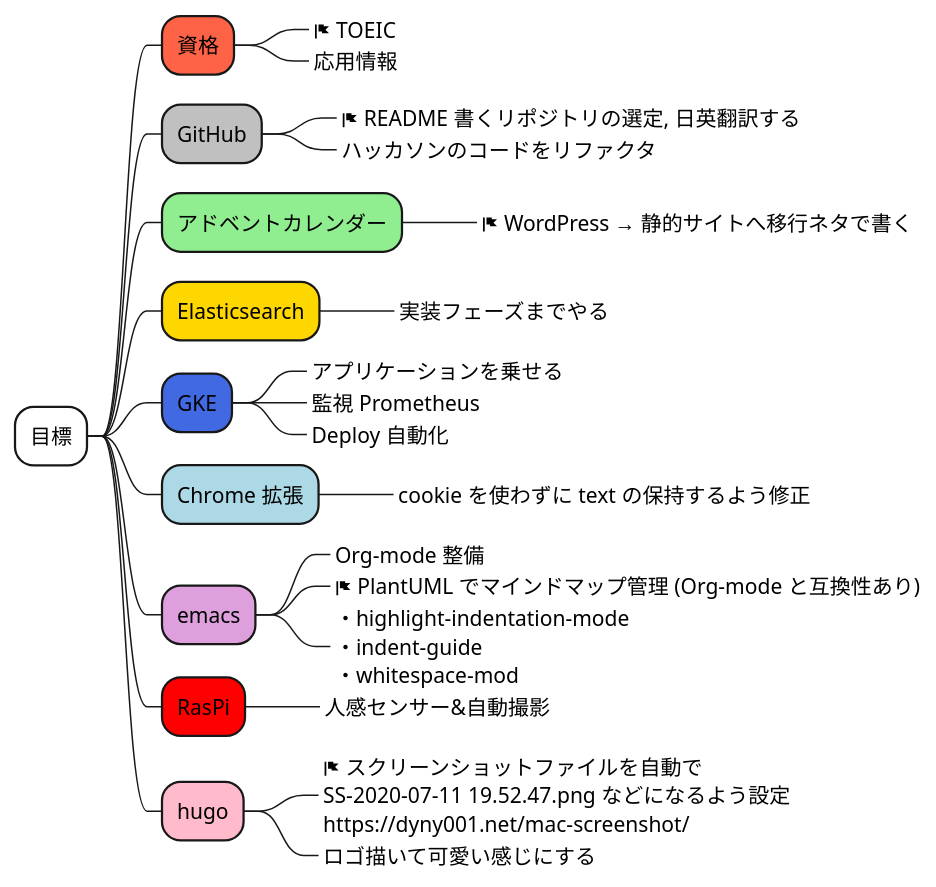
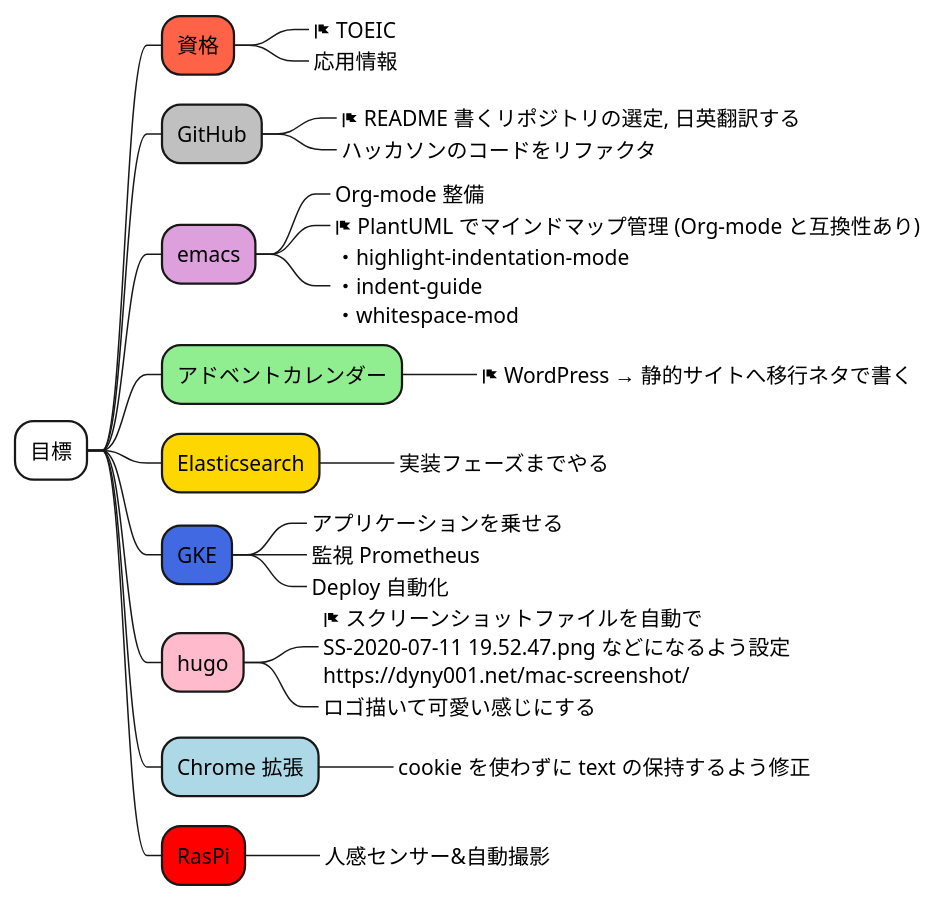
The diagram in test.puml (Ishizuka427/MindMap), drawn with PlantUML before and after one commit. The commit also changed other lines of this file, not shown here.

```diff
--- a/test.puml
+++ b/test.puml
@@ -1,28 +1,28 @@
 @startmindmap
 *[#white] 目標
 **[#tomato] 資格
 ***_ <&flag> TOEIC
 ***_ 応用情報
 **[#silver] GitHub
 ***_ <&flag> README 書くリポジトリの選定, 日英翻訳する
 ***_ ハッカソンのコードをリファクタ
+**[#plum] emacs
+***_ Org-mode 整備
+***_ <&flag> PlantUML でマインドマップ管理 (Org-mode と互換性あり)
+***_ ・highlight-indentation-mode \n・indent-guide \n・whitespace-mod
 **[#lightgreen] アドベントカレンダー
 ***_ <&flag> WordPress → 静的サイトへ移行ネタで書く
 **[#gold] Elasticsearch
 ***_ 実装フェーズまでやる
 **[#royalblue] GKE
 ***_ アプリケーションを乗せる
 ***_ 監視 Prometheus
 ***_ Deploy 自動化 
-**[#lightblue] Chrome 拡張
-***_ cookie を使わずに text の保持するよう修正
-**[#plum] emacs
-***_ Org-mode 整備
-***_ <&flag> PlantUML でマインドマップ管理 (Org-mode と互換性あり)
-***_ ・highlight-indentation-mode \n・indent-guide \n・whitespace-mod
-**[#red] RasPi
-***_ 人感センサー&自動撮影
 **[#FFBBCC] hugo
 ***_ <&flag> スクリーンショットファイルを自動で \nSS-2020-07-11 19.52.47.png などになるよう設定 \nhttps://dyny001.net/mac-screenshot/
 ***_ ロゴ描いて可愛い感じにする
+**[#lightblue] Chrome 拡張
+***_ cookie を使わずに text の保持するよう修正
+**[#red] RasPi
+***_ 人感センサー&自動撮影
 @endmindmap
```
